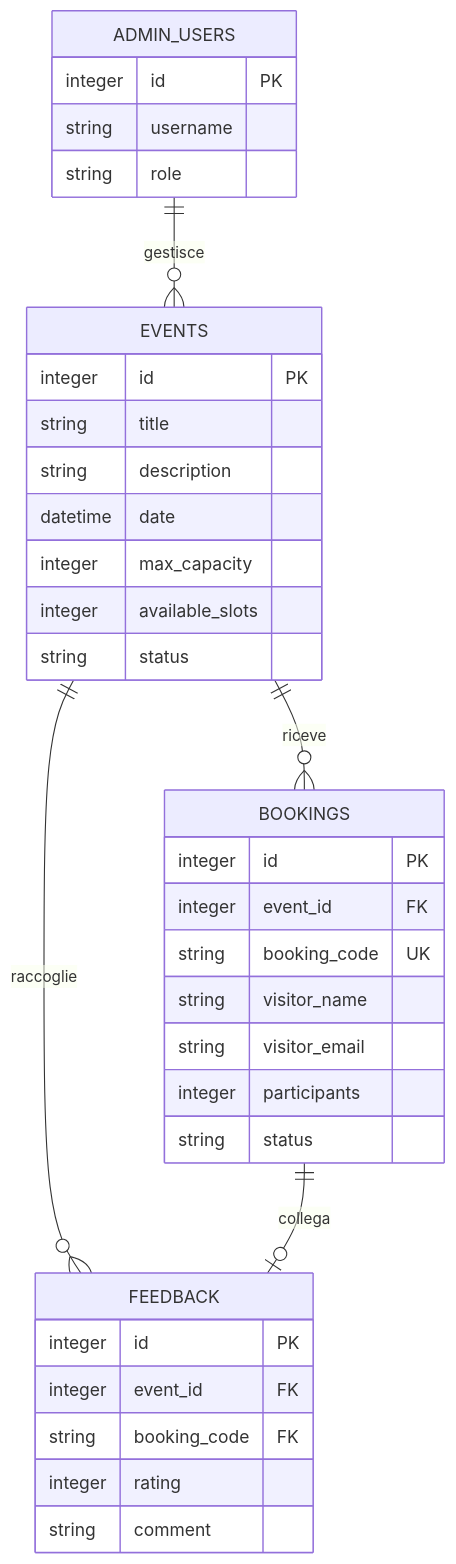
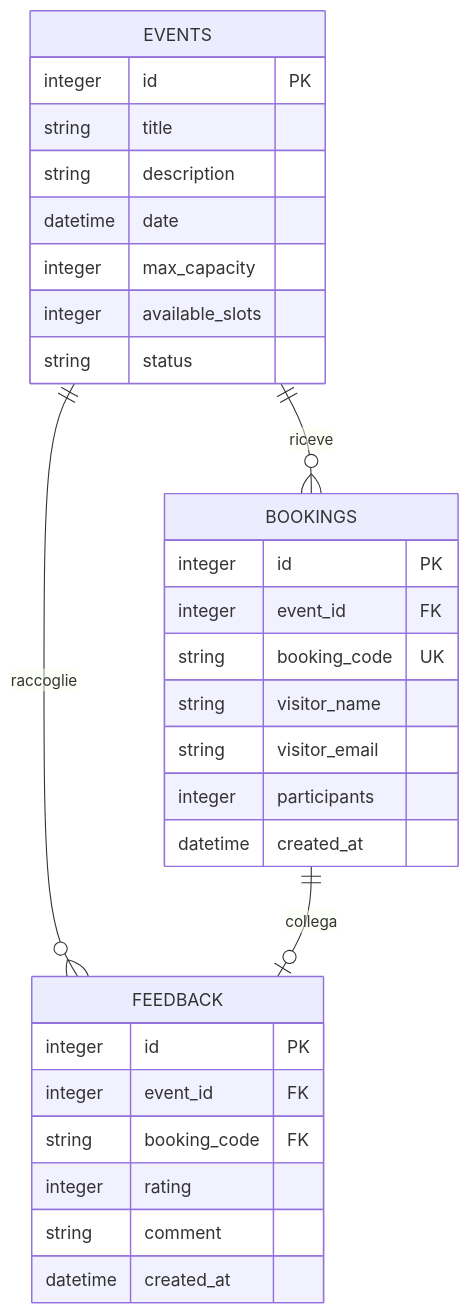
The diagram in docs/diagrams/modello-dati.md (RobertoCastelli/museo-hub), drawn with Mermaid before and after one commit. The commit also changed other lines of this file and 21 other files, not shown here.

````diff
--- a/docs/diagrams/modello-dati.md
+++ b/docs/diagrams/modello-dati.md
@@ -8,41 +8,35 @@
 ```mermaid
 erDiagram
     EVENTS ||--o{ BOOKINGS : riceve
     EVENTS ||--o{ FEEDBACK : raccoglie
     BOOKINGS ||--o| FEEDBACK : collega
-    ADMIN_USERS ||--o{ EVENTS : gestisce
 
     EVENTS {
         integer id PK
         string title
         string description
         datetime date
         integer max_capacity
         integer available_slots
         string status
     }
 
     BOOKINGS {
         integer id PK
         integer event_id FK
         string booking_code UK
         string visitor_name
         string visitor_email
         integer participants
-        string status
+        datetime created_at
     }
 
     FEEDBACK {
         integer id PK
         integer event_id FK
         string booking_code FK
         integer rating
         string comment
-    }
-
-    ADMIN_USERS {
-        integer id PK
-        string username
-        string role
+        datetime created_at
     }
 ```
````
